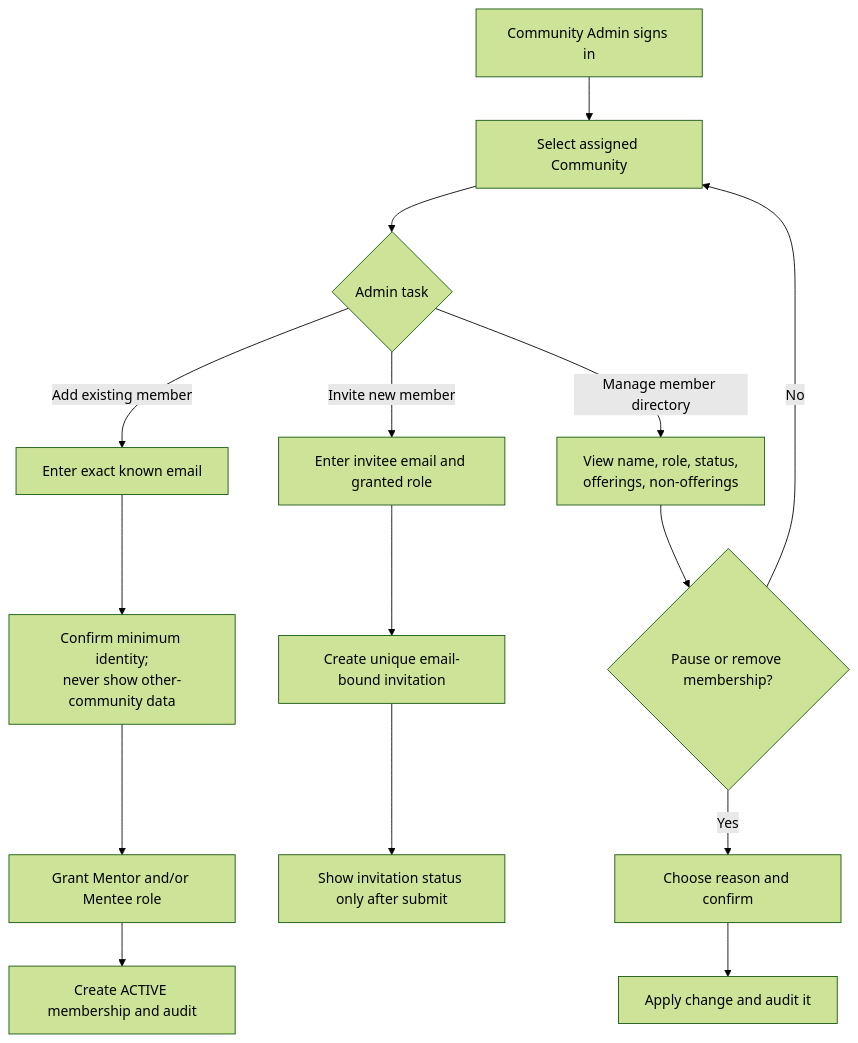
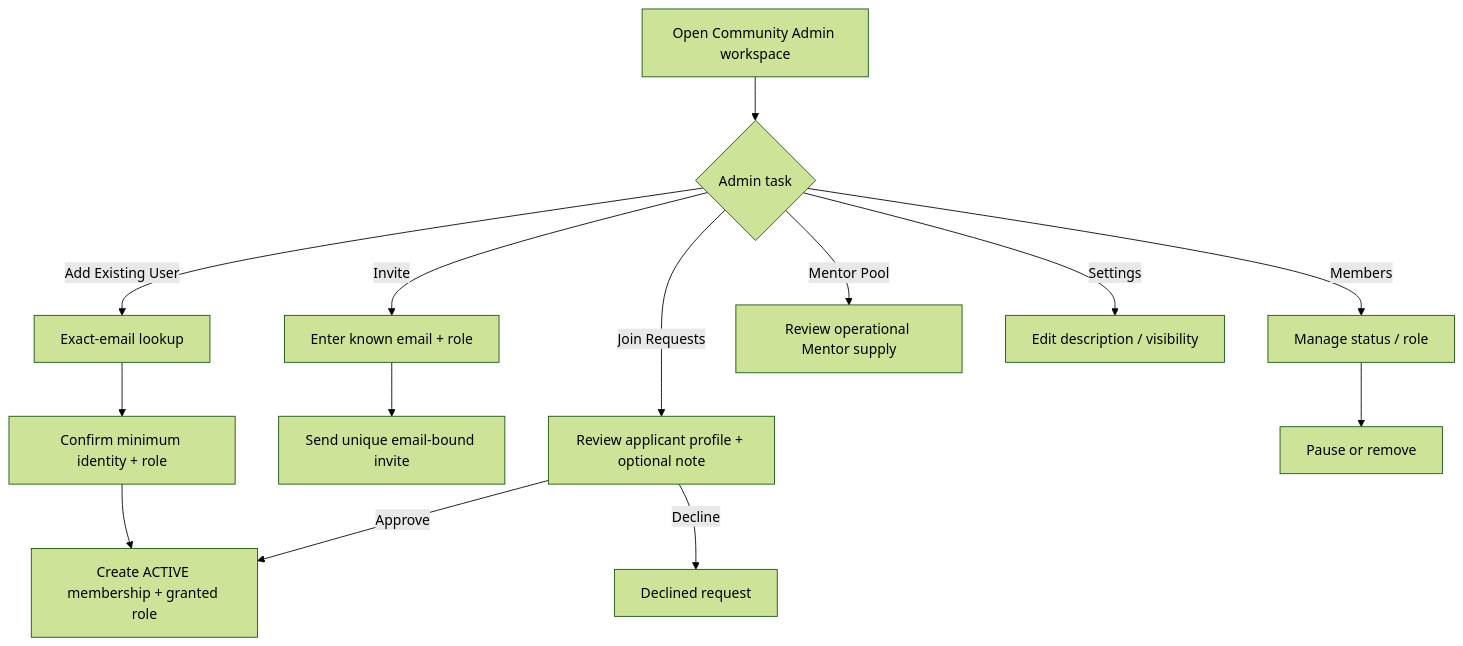
Before and after one commit to ellieryus/oaa-project: the eighth of 9 diagrams in docs/features/user-flows.md, drawn with Mermaid (forest theme). The commit also changed other lines of this file and 21 other files, not shown here.

````diff
--- a/docs/features/user-flows.md
+++ b/docs/features/user-flows.md
@@ -159,20 +181,22 @@
 ```mermaid
 flowchart TD
-    A[Community Admin signs in] --> B[Select assigned Community]
-    B --> C{Admin task}
+    A[Open Community Admin workspace] --> B{Admin task}
 
-    C -->|Add existing member| D[Enter exact known email]
-    D --> E[Confirm minimum identity;<br/>never show other-community data]
-    E --> F[Grant Mentor and/or Mentee role]
-    F --> G[Create ACTIVE membership and audit]
+    B -->|Join Requests| C[Review applicant profile + optional note]
+    C -->|Approve| D[Create ACTIVE membership + granted role]
+    C -->|Decline| E[Declined request]
 
-    C -->|Invite new member| H[Enter invitee email and granted role]
-    H --> I[Create unique email-bound invitation]
-    I --> J[Show invitation status only after submit]
+    B -->|Invite| F[Enter known email + role]
+    F --> G[Send unique email-bound invite]
 
-    C -->|Manage member directory| K[View name, role, status,<br/>offerings, non-offerings]
-    K --> L{Pause or remove membership?}
-    L -->|Yes| M[Choose reason and confirm]
-    M --> N[Apply change and audit it]
-    L -->|No| B
+    B -->|Add Existing User| H[Exact-email lookup]
+    H --> I[Confirm minimum identity + role]
+    I --> D
+
+    B -->|Members| J[Manage status / role]
+    J --> K[Pause or remove]
+
+    B -->|Mentor Pool| L[Review operational Mentor supply]
+
+    B -->|Settings| M[Edit description / visibility]
 ```
````
